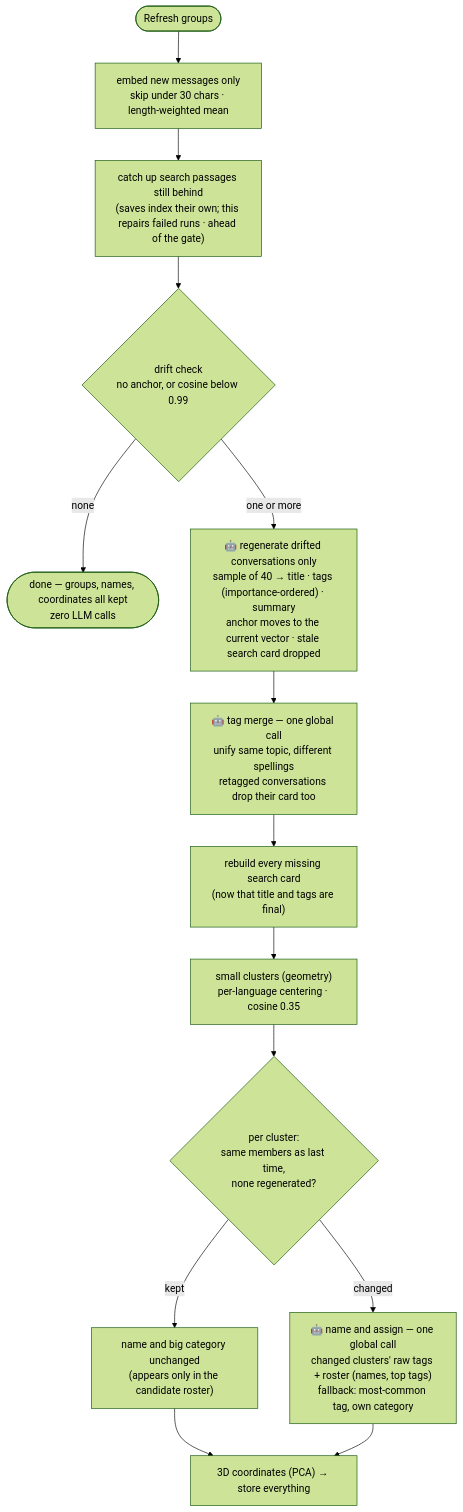
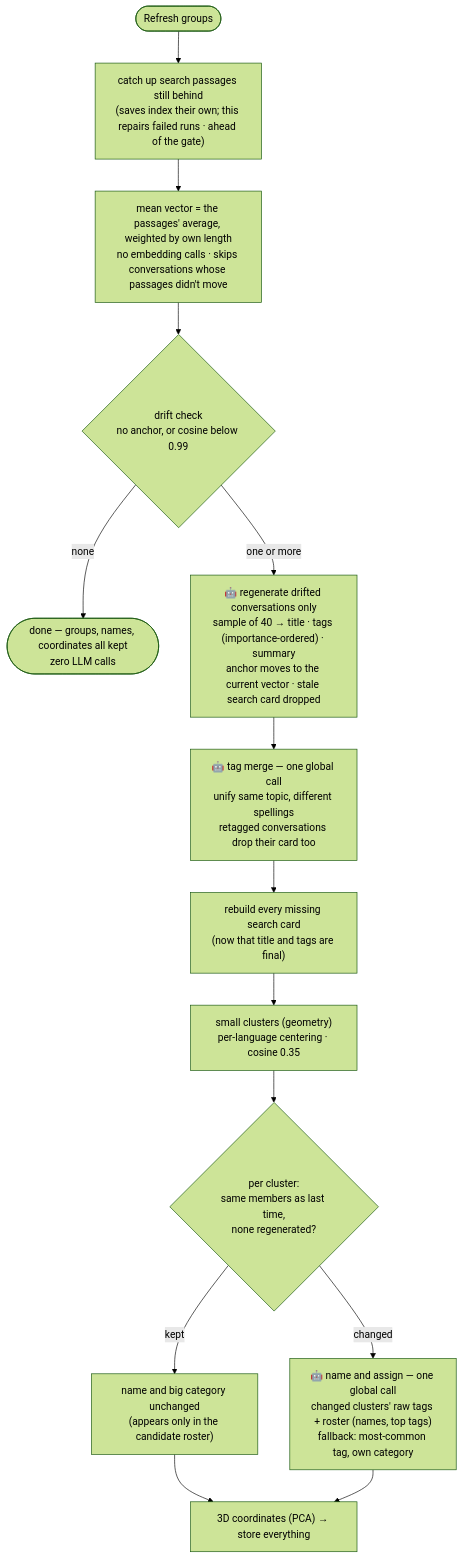
Before and after one commit to seung-gu/sgmcp: the fourth of 4 diagrams in ARCHITECTURE.md, drawn with Mermaid (forest theme). The commit also changed other lines of this file and 4 other files, not shown here.

First line of the commit message:
Average search passages into the mean vector instead of re-embedding messages

````diff
--- a/ARCHITECTURE.md
+++ b/ARCHITECTURE.md
@@ -98,16 +98,16 @@
 ```mermaid
 flowchart TD
-    S([Refresh groups]) --> E["embed new messages only<br/>skip under 30 chars · length-weighted mean"]
-    E --> C["catch up search passages still behind<br/>(saves index their own; this repairs failed runs · ahead of the gate)"]
-    C --> G{"drift check<br/>no anchor, or cosine below 0.99"}
+    S([Refresh groups]) --> C["catch up search passages still behind<br/>(saves index their own; this repairs failed runs · ahead of the gate)"]
+    C --> E["mean vector = the passages' average, weighted by own length<br/>no embedding calls · skips conversations whose passages didn't move"]
+    E --> G{"drift check<br/>no anchor, or cosine below 0.99"}
     G -- "none" --> X(["done — groups, names, coordinates all kept<br/>zero LLM calls"])
     G -- "one or more" --> M["🤖 regenerate drifted conversations only<br/>sample of 40 → title · tags (importance-ordered) · summary<br/>anchor moves to the current vector · stale search card dropped"]
     M --> T["🤖 tag merge — one global call<br/>unify same topic, different spellings<br/>retagged conversations drop their card too"]
     T --> RC["rebuild every missing search card<br/>(now that title and tags are final)"]
     RC --> K["small clusters (geometry)<br/>per-language centering · cosine 0.35"]
     K --> CH{"per cluster:<br/>same members as last time,<br/>none regenerated?"}
     CH -- "kept" --> KEEP["name and big category unchanged<br/>(appears only in the candidate roster)"]
     CH -- "changed" --> N["🤖 name and assign — one global call<br/>changed clusters' raw tags + roster (names, top tags)<br/>fallback: most-common tag, own category"]
     KEEP --> P["3D coordinates (PCA) → store everything"]
     N --> P
 ```
````
